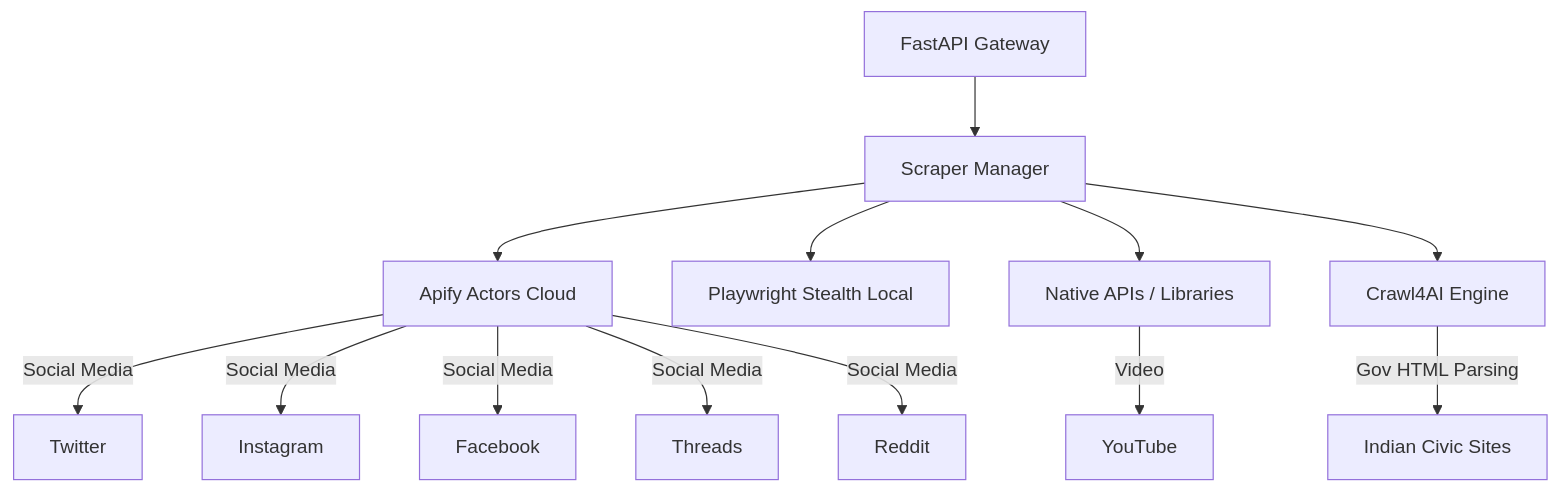
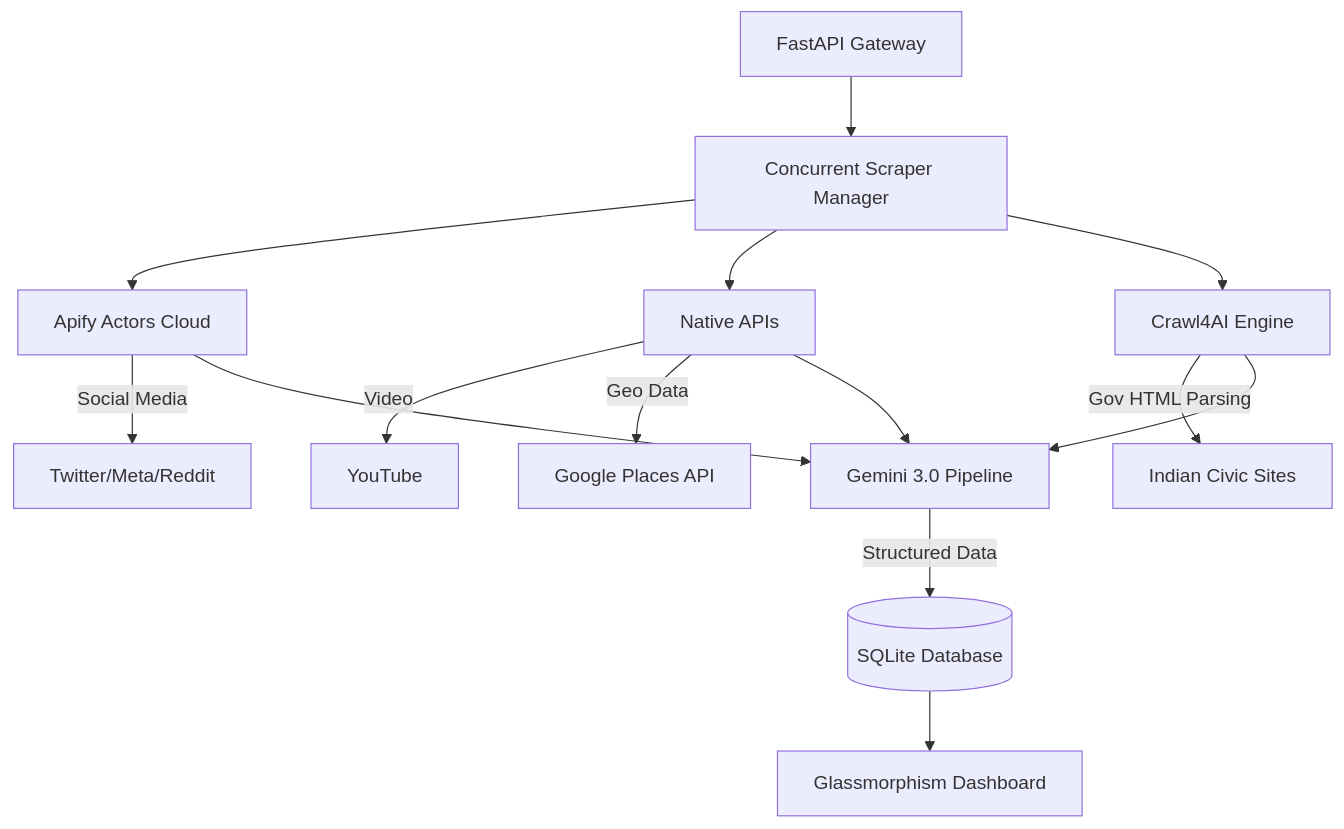
Before and after one commit to Developer-Devanshhh/Scrapify-Labs: the diagram in README.md, drawn with Mermaid. The commit also changed other lines of this file and 1 other file, not shown here.

Commit message:
feat: upgrade to gemini-3.0-flash and update README for v3

````diff
--- a/README.md
+++ b/README.md
@@ -11,18 +32,16 @@
 ```mermaid
 graph TD
-    API[FastAPI Gateway] --> Manager[Scraper Manager]
+    API[FastAPI Gateway] --> Manager[Concurrent Scraper Manager]
     Manager --> P1[Apify Actors Cloud]
-    Manager --> P2[Playwright Stealth Local]
-    Manager --> P3[Native APIs / Libraries]
-
-    P1 --> |Social Media| Twitter
-    P1 --> |Social Media| Instagram
-    P1 --> |Social Media| Facebook
-    P1 --> |Social Media| Threads
-    P1 --> |Social Media| Reddit
-
-    P3 --> |Video| YouTube
+    Manager --> P2[Native APIs]
+    Manager --> P3[Crawl4AI Engine]
     
-    Manager --> C4[Crawl4AI Engine]
-    C4 --> |Gov HTML Parsing| Civic[Indian Civic Sites]
+    P1 --> |Social Media| Twitter/Meta/Reddit
+    P2 --> |Video| YouTube
+    P2 --> |Geo Data| GoogleMaps[Google Places API]
+    P3 --> |Gov HTML Parsing| Civic[Indian Civic Sites]
+    
+    P1 & P2 & P3 --> Gemini[Gemini 3.0 Pipeline]
+    Gemini --> |Structured Data| DB[(SQLite Database)]
+    DB --> UI[Glassmorphism Dashboard]
 ```
````
